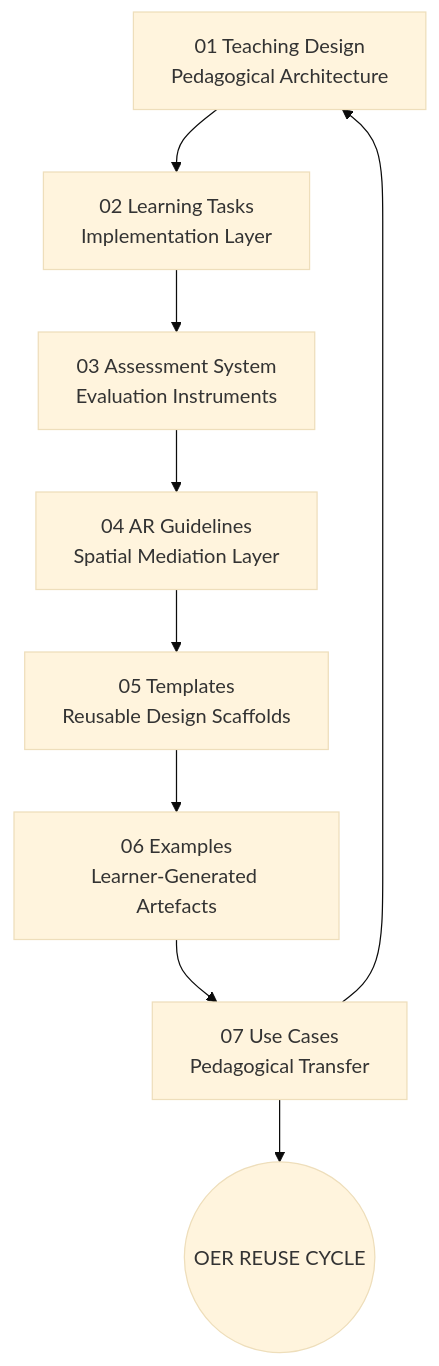
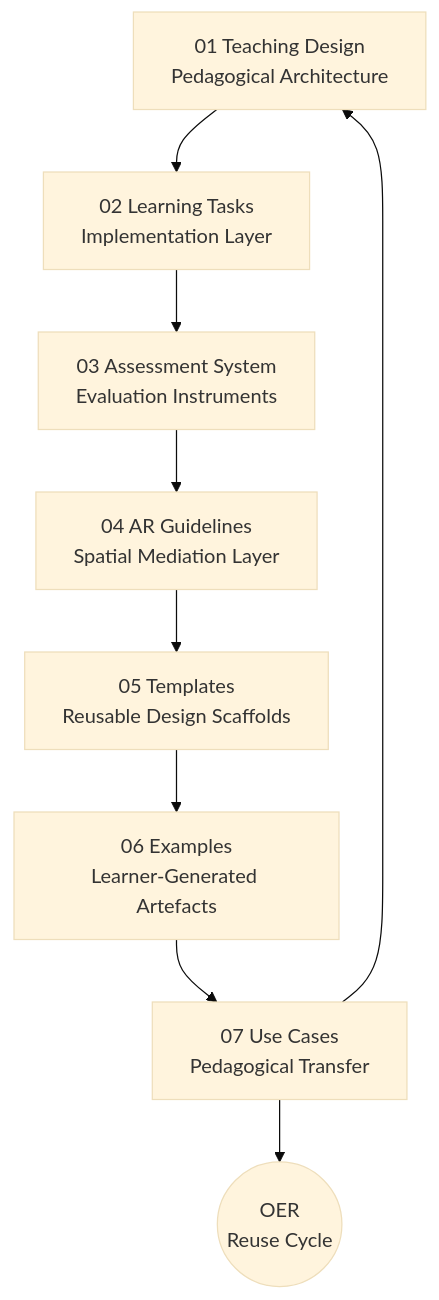
Before and after one commit to EmparYahui/urban-oer-chinese: the first of 2 diagrams in README.md, drawn with Mermaid (base theme).

````diff
--- a/README.md
+++ b/README.md
@@ -54,21 +54,21 @@
 ```mermaid
 flowchart TD
 
 A[01 Teaching Design<br>Pedagogical Architecture]
 B[02 Learning Tasks<br>Implementation Layer]
 C[03 Assessment System<br>Evaluation Instruments]
 D[04 AR Guidelines<br>Spatial Mediation Layer]
 E[05 Templates<br>Reusable Design Scaffolds]
 F[06 Examples<br>Learner-Generated Artefacts]
 G[07 Use Cases<br>Pedagogical Transfer]
 
 A --> B
 B --> C
 C --> D
 D --> E
 E --> F
 F --> G
 G --> A
 
-G --> H((OER REUSE CYCLE))
+G --> H((OER<br>Reuse Cycle))
 ```
````
